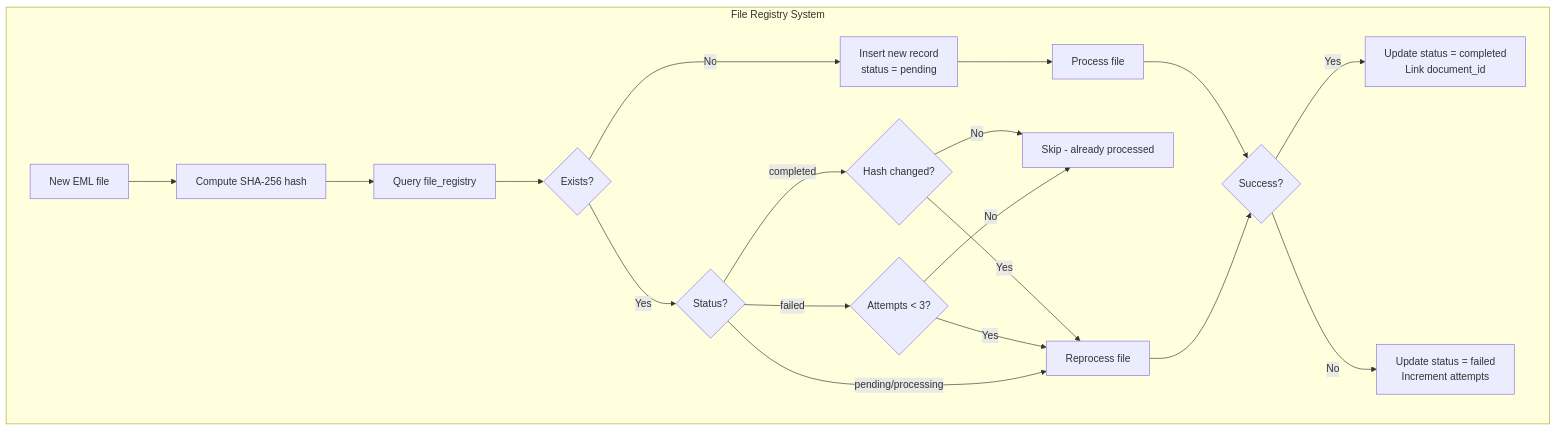
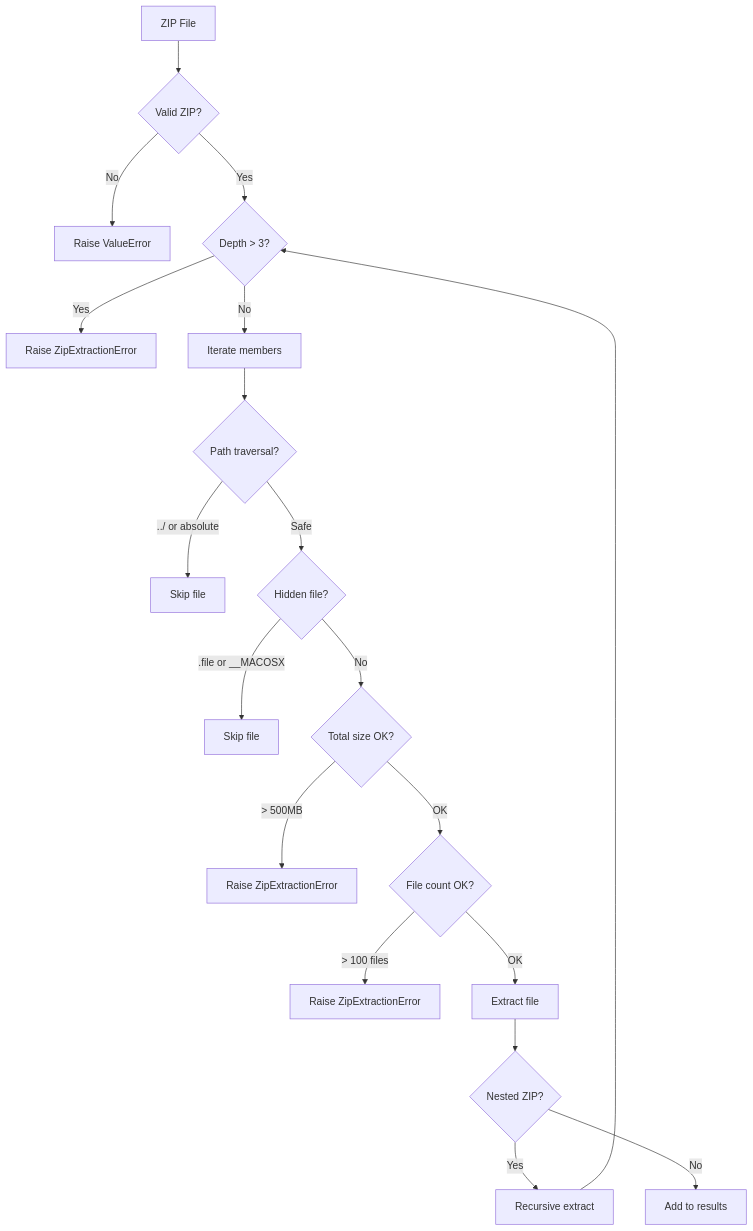
One commit to jwillmer/NCL changed the sixth of 7 diagrams in docs/processing-flow.md. Above: the diagram before and after it, drawn with Mermaid. The commit also changed other lines of this file and 21 other files, not shown here.

````diff
--- a/docs/processing-flow.md
+++ b/docs/processing-flow.md
@@ -195,30 +202,27 @@
 ```mermaid
 flowchart TD
-    subgraph FileRegistry["File Registry System"]
-        NEWFILE[New EML file] --> HASH[Compute SHA-256 hash]
-        HASH --> LOOKUP[Query file_registry]
+    ZIP[ZIP File] --> VALID{Valid ZIP?}
+    VALID --> |No| ERROR[Raise ValueError]
+    VALID --> |Yes| DEPTH{Depth > 3?}
 
-        LOOKUP --> EXISTS{Exists?}
+    DEPTH --> |Yes| DEPTH_ERROR[Raise ZipExtractionError]
+    DEPTH --> |No| ITERATE[Iterate members]
 
-        EXISTS --> |No| INSERT[Insert new record<br/>status = pending]
-        INSERT --> PROCESS[Process file]
+    ITERATE --> PATH{Path traversal?}
+    PATH --> |../ or absolute| SKIP_DANGEROUS[Skip file]
+    PATH --> |Safe| HIDDEN{Hidden file?}
 
-        EXISTS --> |Yes| CHECKSTATUS{Status?}
+    HIDDEN --> |.file or __MACOSX| SKIP_HIDDEN[Skip file]
+    HIDDEN --> |No| SIZE{Total size OK?}
 
-        CHECKSTATUS --> |completed| CHECKHASH{Hash changed?}
-        CHECKHASH --> |No| SKIPFILE[Skip - already processed]
-        CHECKHASH --> |Yes| REPROCESS[Reprocess file]
+    SIZE --> |> 500MB| SIZE_ERROR[Raise ZipExtractionError]
+    SIZE --> |OK| COUNT{File count OK?}
 
-        CHECKSTATUS --> |failed| RETRY{Attempts < 3?}
-        RETRY --> |Yes| REPROCESS
-        RETRY --> |No| SKIPFILE
+    COUNT --> |> 100 files| COUNT_ERROR[Raise ZipExtractionError]
+    COUNT --> |OK| EXTRACT[Extract file]
 
-        CHECKSTATUS --> |pending/processing| REPROCESS
-
-        PROCESS --> SUCCESS{Success?}
-        REPROCESS --> SUCCESS
-
-        SUCCESS --> |Yes| COMPLETE[Update status = completed<br/>Link document_id]
-        SUCCESS --> |No| FAIL[Update status = failed<br/>Increment attempts]
-    end
+    EXTRACT --> NESTED{Nested ZIP?}
+    NESTED --> |Yes| RECURSE[Recursive extract]
+    RECURSE --> DEPTH
+    NESTED --> |No| ADD[Add to results]
 ```
````
